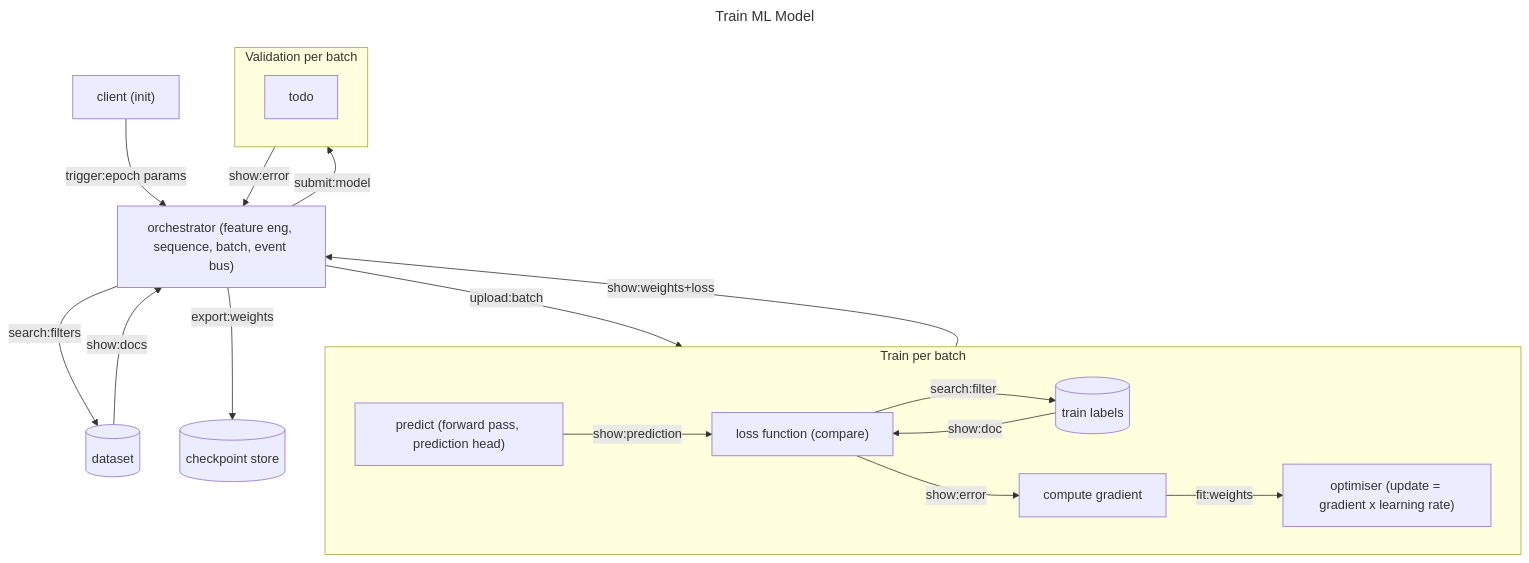
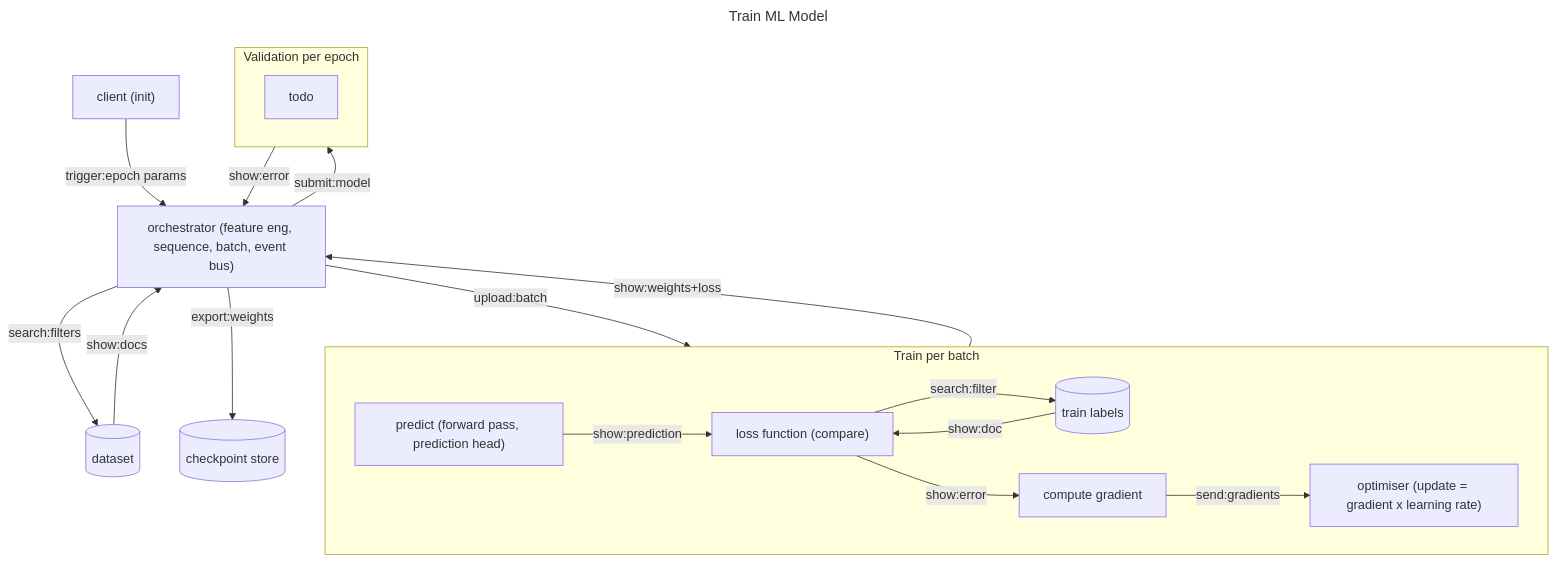
One commit to ptbdnr/ptbdnr changed the fifth of 7 diagrams in ml_sys_design.md. Above: the diagram before and after it, drawn with Mermaid. The commit also changed other lines of this file, not shown here.

````diff
--- a/ml_sys_design.md
+++ b/ml_sys_design.md
@@ -284,25 +286,25 @@
 ```mermaid
 ---
 title: Train ML Model
 ---
 flowchart TD
     orch["orchestrator (feature eng, sequence, batch, event bus)"]
 
     client["client (init)"] --trigger:epoch params--> orch 
     orch --search:filters--> db[("dataset")] --show:docs--> orch 
     orch --upload:batch--> batch_train --show:weights+loss--> orch
     orch --submit:model--> valid --show:error--> orch
     orch --export:weights--> mdb[("checkpoint store")]
 
     subgraph batch_train["Train per batch"]
         loss["loss function (compare)"]
         
         predict["predict (forward pass, prediction head)"] --show:prediction--> loss
         loss --search:filter--> tdb[("train labels")] --show:doc--> loss
-        loss --show:error--> backprop["compute gradient"] --fit:weights--> opt["optimiser (update = gradient x learning rate)"]
+        loss --show:error--> backprop["compute gradient"] --send:gradients--> opt["optimiser (update = gradient x learning rate)"]
     end 
 
-    subgraph valid["Validation per batch"]
+    subgraph valid["Validation per epoch"]
         todo
     end
 ```
````
